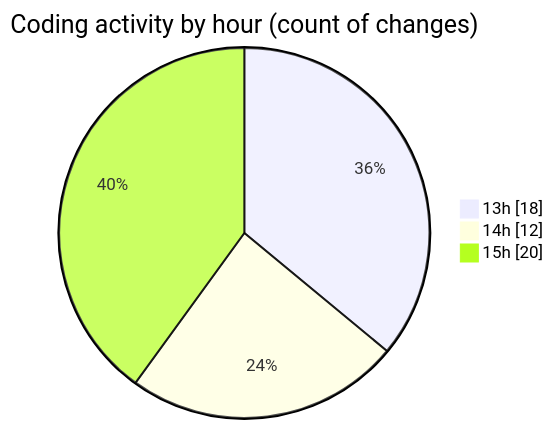
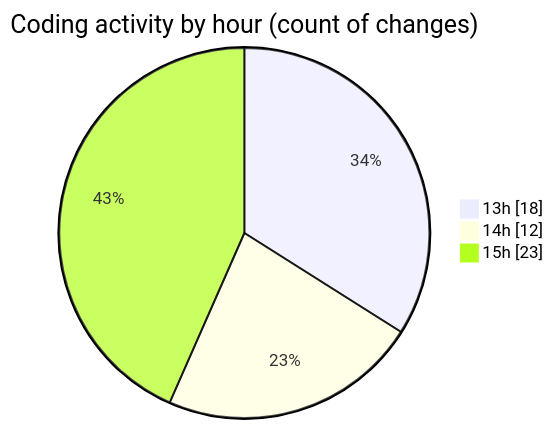
One commit to idhammustaqopulfikri/code-tracking changed the second of 2 diagrams in 2025-06-16/studio-backend/README.md. Above: the diagram before and after it, drawn with Mermaid. The commit also changed other lines of this file and 1 other file, not shown here.

````diff
--- a/2025-06-16/studio-backend/README.md
+++ b/2025-06-16/studio-backend/README.md
@@ -37,7 +38,7 @@
 ```mermaid
 pie showData
 title Coding activity by hour (count of changes)
 "13h" : 18
 "14h" : 12
-"15h" : 20
+"15h" : 23
 ```
````
